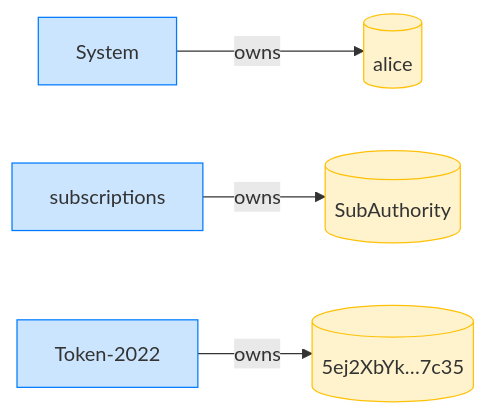
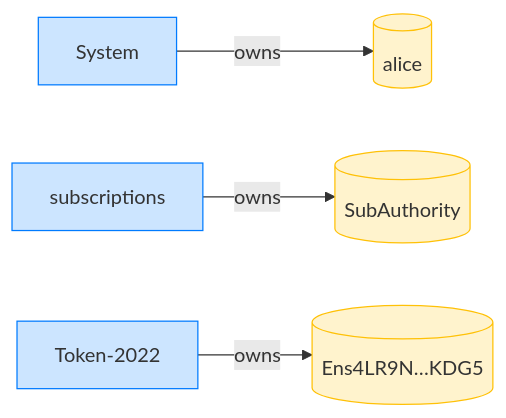
The fourth of 4 diagrams in dsl_tests/allow-an-active-transfer-hook.md (cds-rs/subscriptions), drawn with Mermaid before and after one commit. The commit also changed other lines of this file and 224 other files, not shown here.

````diff
--- a/dsl_tests/allow-an-active-transfer-hook.md
+++ b/dsl_tests/allow-an-active-transfer-hook.md
@@ -73,14 +78,14 @@
 ```mermaid
 flowchart LR
     classDef owner fill:#cce5ff,stroke:#007bff;
     classDef account fill:#fff3cd,stroke:#ffc107;
     System[System]:::owner
     alice[(alice)]:::account
     subscriptions[subscriptions]:::owner
     SubAuthority[(SubAuthority)]:::account
     Token_2022["Token-2022"]:::owner
-    5ej2XbYk_7c35[("5ej2XbYk…7c35")]:::account
+    Ens4LR9N_KDG5[("Ens4LR9N…KDG5")]:::account
     System -->|owns| alice
     subscriptions -->|owns| SubAuthority
-    Token_2022 -->|owns| 5ej2XbYk_7c35
+    Token_2022 -->|owns| Ens4LR9N_KDG5
 ```
````
